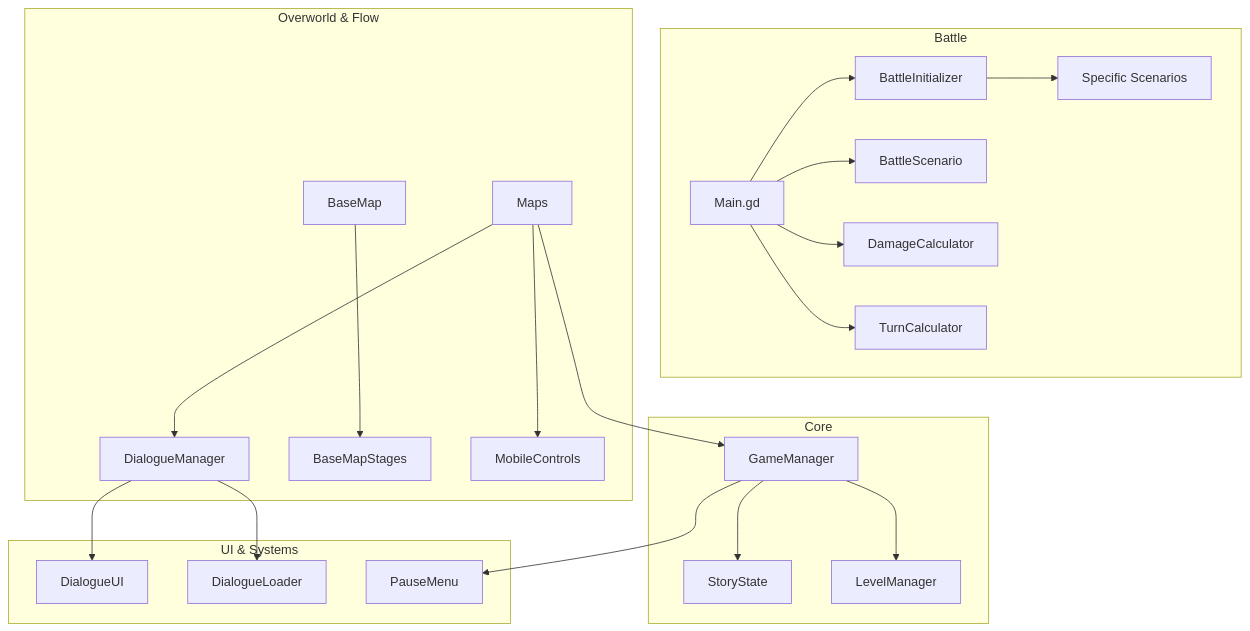
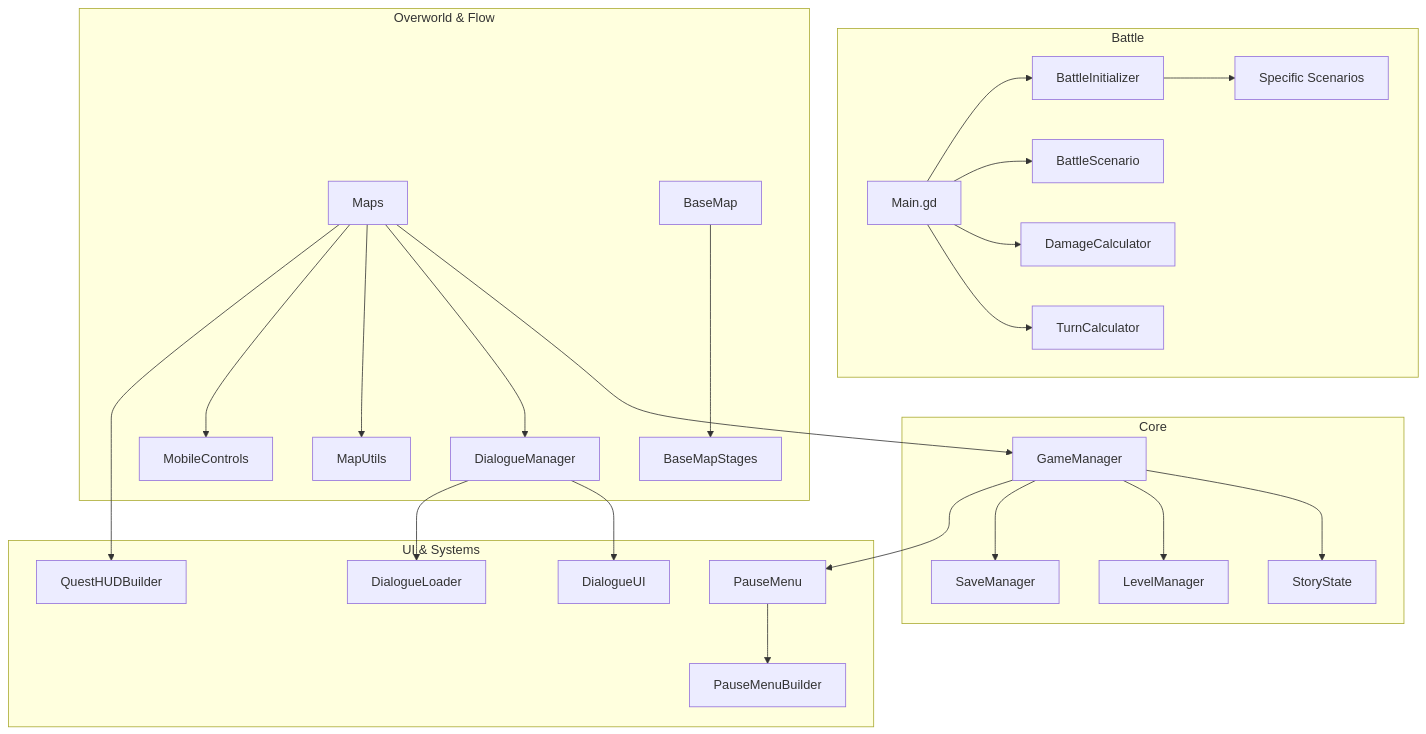
Before and after one commit to kei-kochiya/SekaiRPG: the diagram in ARCHITECTURE.md, drawn with Mermaid. The commit also changed other lines of this file and 26 other files, not shown here.

````diff
--- a/ARCHITECTURE.md
+++ b/ARCHITECTURE.md
@@ -130,28 +137,32 @@
 ```mermaid
 graph TD
     subgraph Core
         GM[GameManager] --> SS[StoryState]
         GM --> LM[LevelManager]
+        GM --> SManager[SaveManager]
     end
 
     subgraph Battle
         M[Main.gd] --> BI[BattleInitializer]
         M --> BS[BattleScenario]
         M --> DC[DamageCalculator]
         M --> TC[TurnCalculator]
         BI --> SC[Specific Scenarios]
     end
 
     subgraph Overworld & Flow
         MAP[Maps] --> GM
         MAP --> DM[DialogueManager]
         BM[BaseMap] --> BSt[BaseMapStages]
+        MAP --> MU[MapUtils]
         MAP --> MC[MobileControls]
     end
 
     subgraph UI & Systems
         DM --> DUI[DialogueUI]
         DM --> DL[DialogueLoader]
         GM --> PM[PauseMenu]
+        PM --> PMB[PauseMenuBuilder]
+        MAP --> QHB[QuestHUDBuilder]
     end
 ```
````
